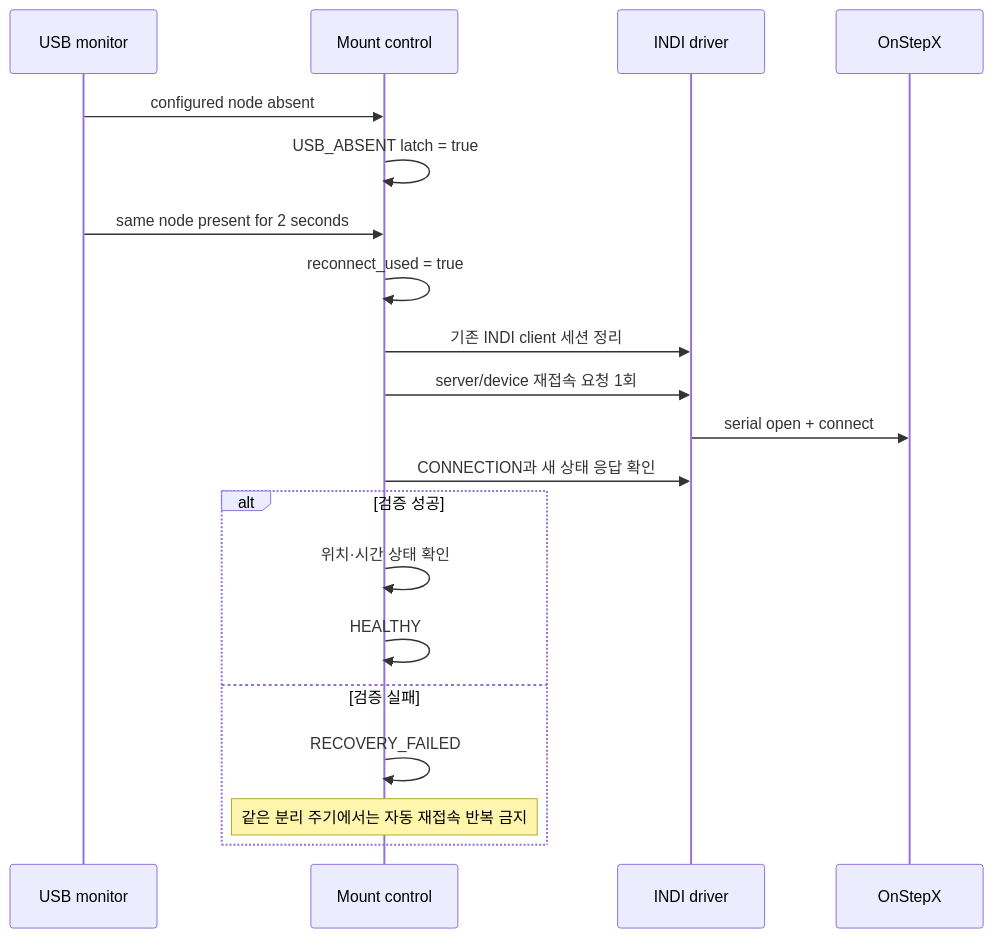
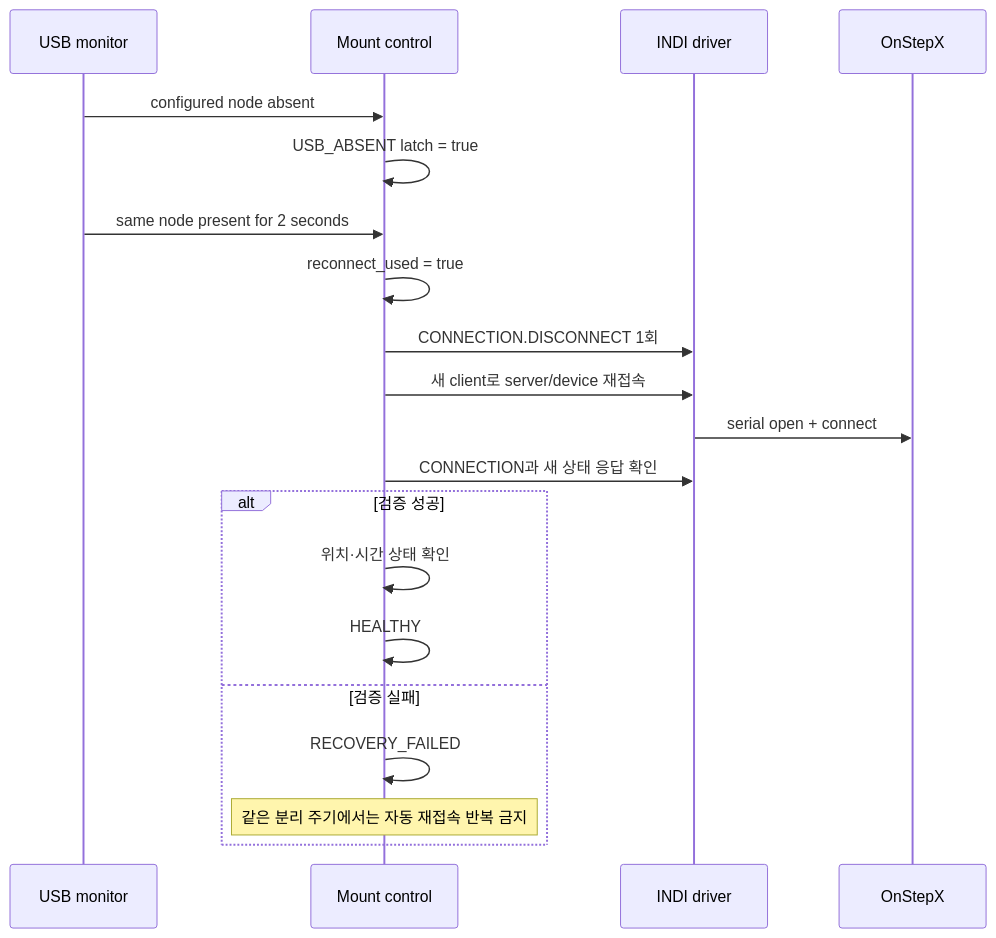
One commit to hjoungjoo/MF_PiFinder changed the fourth of 4 diagrams in docs/mf_dev/mf_indi_serial_reconnect_design_ko.md. Above: the diagram before and after it, drawn with Mermaid. The commit also changed other lines of this file and 7 other files, not shown here.

````diff
--- a/docs/mf_dev/mf_indi_serial_reconnect_design_ko.md
+++ b/docs/mf_dev/mf_indi_serial_reconnect_design_ko.md
@@ -377,23 +391,23 @@
 ```mermaid
 sequenceDiagram
     participant U as USB monitor
     participant M as Mount control
     participant I as INDI driver
     participant O as OnStepX
 
     U->>M: configured node absent
     M->>M: USB_ABSENT latch = true
     U->>M: same node present for 2 seconds
     M->>M: reconnect_used = true
-    M->>I: 기존 INDI client 세션 정리
-    M->>I: server/device 재접속 요청 1회
+    M->>I: CONNECTION.DISCONNECT 1회
+    M->>I: 새 client로 server/device 재접속
     I->>O: serial open + connect
     M->>I: CONNECTION과 새 상태 응답 확인
     alt 검증 성공
         M->>M: 위치·시간 상태 확인
         M->>M: HEALTHY
     else 검증 실패
         M->>M: RECOVERY_FAILED
         Note over M: 같은 분리 주기에서는 자동 재접속 반복 금지
     end
 ```
````
